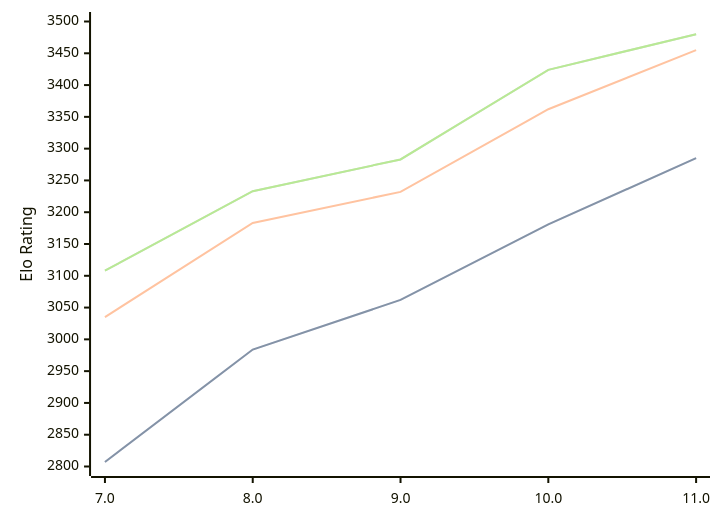
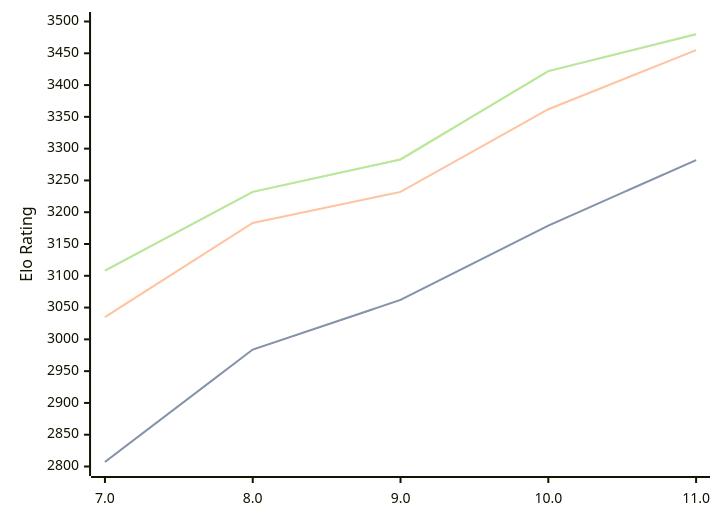
Before and after one commit to computer-chess-index/cci: the diagram in engines/Tcheran.md, drawn with Mermaid. The commit also changed other lines of this file, not shown here.

Commit message:
Update CCI Ratings (ELO VLTC) - 2026-04-20

````diff
--- a/engines/Tcheran.md
+++ b/engines/Tcheran.md
@@ -49,11 +49,11 @@
 ```mermaid
 %%{init: {"theme":"base","themeVariables":{"seriesColors:['#a3a3a3','#222221','#faa371']}}}%%
 xychart-beta
   x-axis ["7.0", "8.0", "9.0", "10.0", "11.0"]
   y-axis "Elo Rating" 2800 --> 3500
-  line "STC (8.0+0.08s)" [2807, 2984, 3062, 3181, 3285]
-  line "STC (8.0+0.08s)" [2807, 2984, 3062, 3181, 3285]
+  line "STC (8.0+0.08s)" [2807, 2984, 3062, 3179, 3282]
+  line "STC (8.0+0.08s)" [2807, 2984, 3062, 3179, 3282]
   line "LTC (60.0+0.60s)" [3035, 3183, 3232, 3362, 3455]
-  line "VLTC (2m24s+1.12s)" [3108, 3233, 3283, 3424, 3480]
-  line "VLTC (2m24s+1.12s)" [3108, 3233, 3283, 3424, 3480]
+  line "VLTC (2m24s+1.12s)" [3108, 3232, 3283, 3422, 3480]
+  line "VLTC (2m24s+1.12s)" [3108, 3232, 3283, 3422, 3480]
 ```
````
